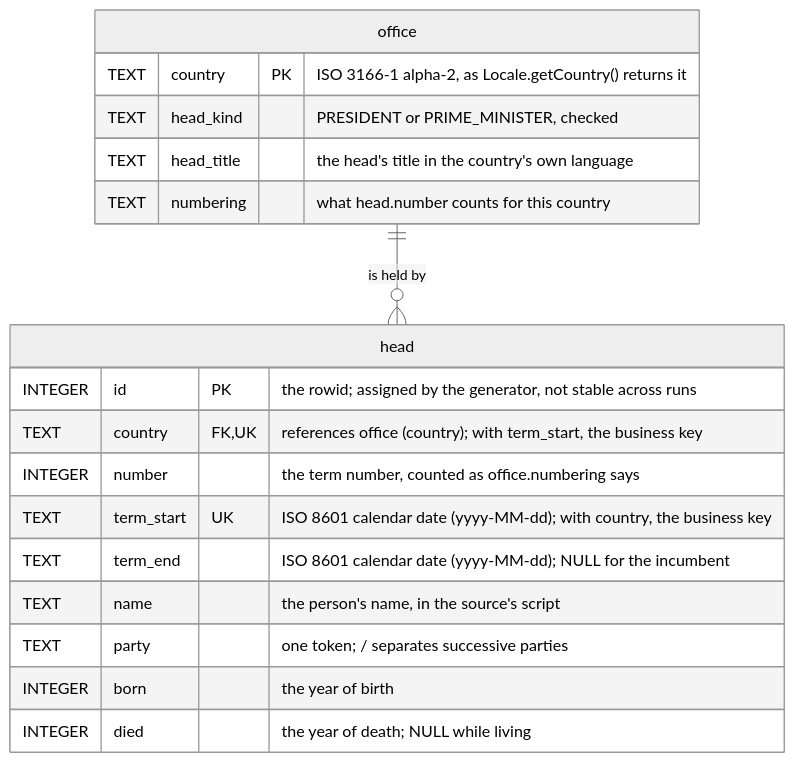
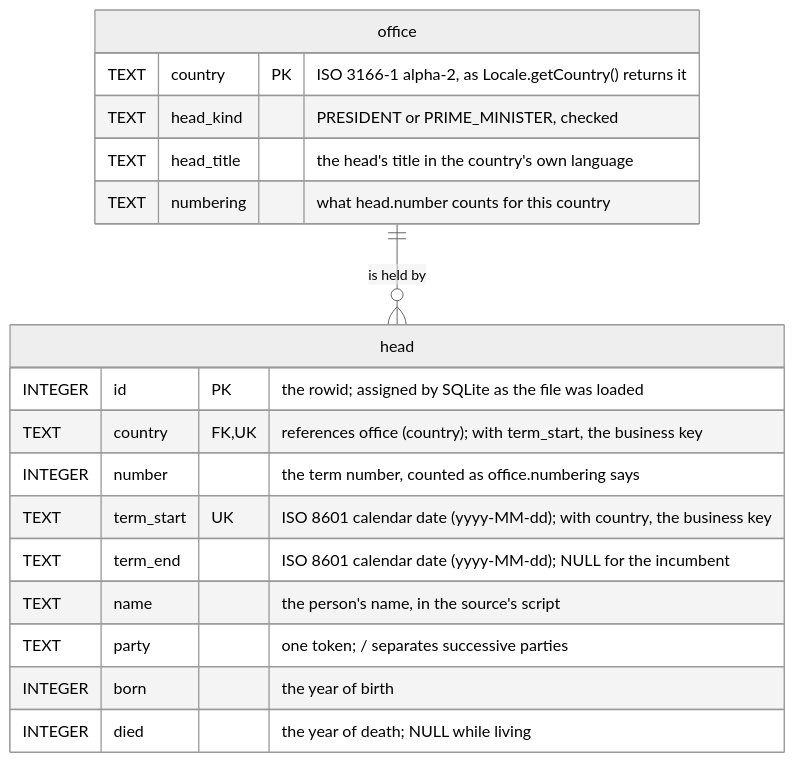
One commit to jinahya/heads-of-governments-persistence changed the diagram in db/heads_of_governments.sqlite3.md. Above: the diagram before and after it, drawn with Mermaid (neutral theme). The commit also changed other lines of this file and 3 other files, not shown here.

````diff
--- a/db/heads_of_governments.sqlite3.md
+++ b/db/heads_of_governments.sqlite3.md
@@ -41,23 +41,23 @@
 ```mermaid
 erDiagram
     office ||--o{ head : "is held by"
 
     office {
         TEXT    country    PK "ISO 3166-1 alpha-2, as Locale.getCountry() returns it"
         TEXT    head_kind     "PRESIDENT or PRIME_MINISTER, checked"
         TEXT    head_title    "the head's title in the country's own language"
         TEXT    numbering     "what head.number counts for this country"
     }
 
     head {
-        INTEGER id         PK "the rowid; assigned by the generator, not stable across runs"
+        INTEGER id         PK "the rowid; assigned by SQLite as the file was loaded"
         TEXT    country    FK, UK "references office (country); with term_start, the business key"
         INTEGER number        "the term number, counted as office.numbering says"
         TEXT    term_start UK "ISO 8601 calendar date (yyyy-MM-dd); with country, the business key"
         TEXT    term_end      "ISO 8601 calendar date (yyyy-MM-dd); NULL for the incumbent"
         TEXT    name          "the person's name, in the source's script"
         TEXT    party         "one token; / separates successive parties"
         INTEGER born          "the year of birth"
         INTEGER died          "the year of death; NULL while living"
     }
 ```
````
